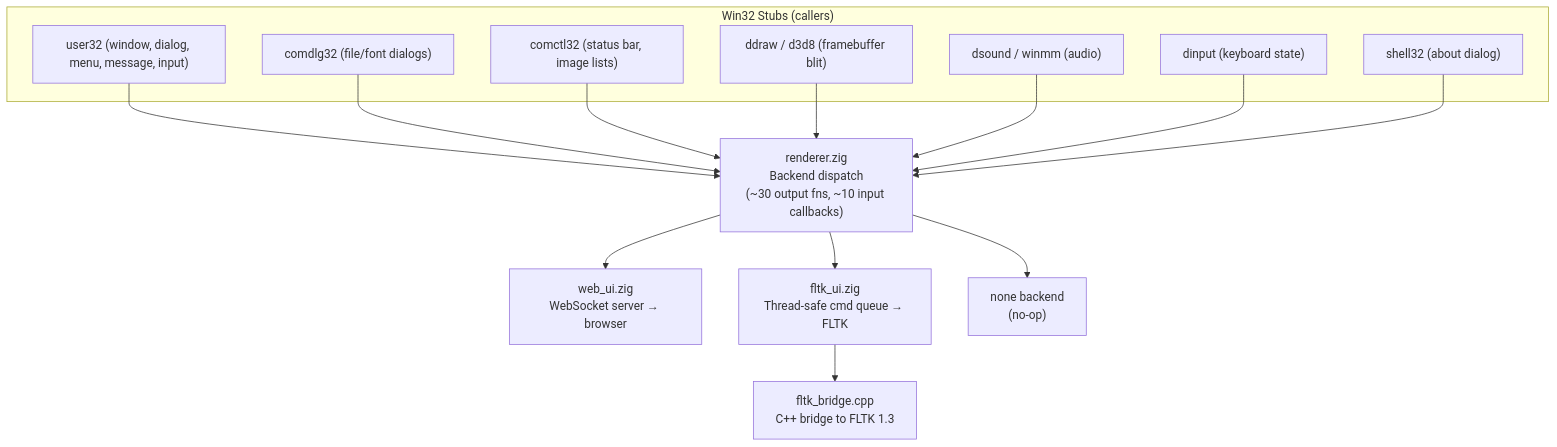
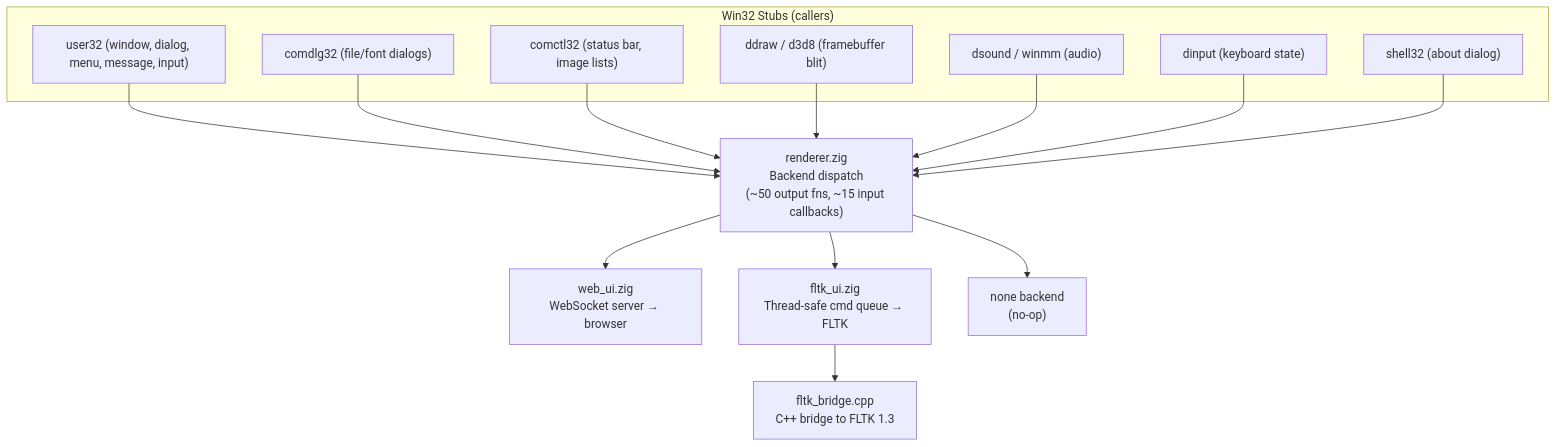
One commit to maci0/zine changed the diagram in docs/FLTK_PLAN.md. Above: the diagram before and after it, drawn with Mermaid. The commit also changed other lines of this file and 15 other files, not shown here.

Commit message:
docs: correct stale doc claims across architecture, status, and design docs

````diff
--- a/docs/FLTK_PLAN.md
+++ b/docs/FLTK_PLAN.md
@@ -21,31 +21,31 @@
 ```mermaid
 graph TD
     subgraph "Win32 Stubs (callers)"
         U32["user32 (window, dialog, menu, message, input)"]
         COM["comdlg32 (file/font dialogs)"]
         CTL["comctl32 (status bar, image lists)"]
         DD["ddraw / d3d8 (framebuffer blit)"]
         DS["dsound / winmm (audio)"]
         DI["dinput (keyboard state)"]
         SH["shell32 (about dialog)"]
     end
 
-    R["renderer.zig<br/>Backend dispatch<br/>(~30 output fns, ~10 input callbacks)"]
+    R["renderer.zig<br/>Backend dispatch<br/>(~50 output fns, ~15 input callbacks)"]
 
     WEB["web_ui.zig<br/>WebSocket server → browser"]
     FLTK_UI["fltk_ui.zig<br/>Thread-safe cmd queue → FLTK"]
     FLTK_BRIDGE["fltk_bridge.cpp<br/>C++ bridge to FLTK 1.3"]
     NONE["none backend<br/>(no-op)"]
 
     U32 --> R
     COM --> R
     CTL --> R
     DD --> R
     DS --> R
     DI --> R
     SH --> R
     R --> WEB
     R --> FLTK_UI
     R --> NONE
     FLTK_UI --> FLTK_BRIDGE
 ```
````
